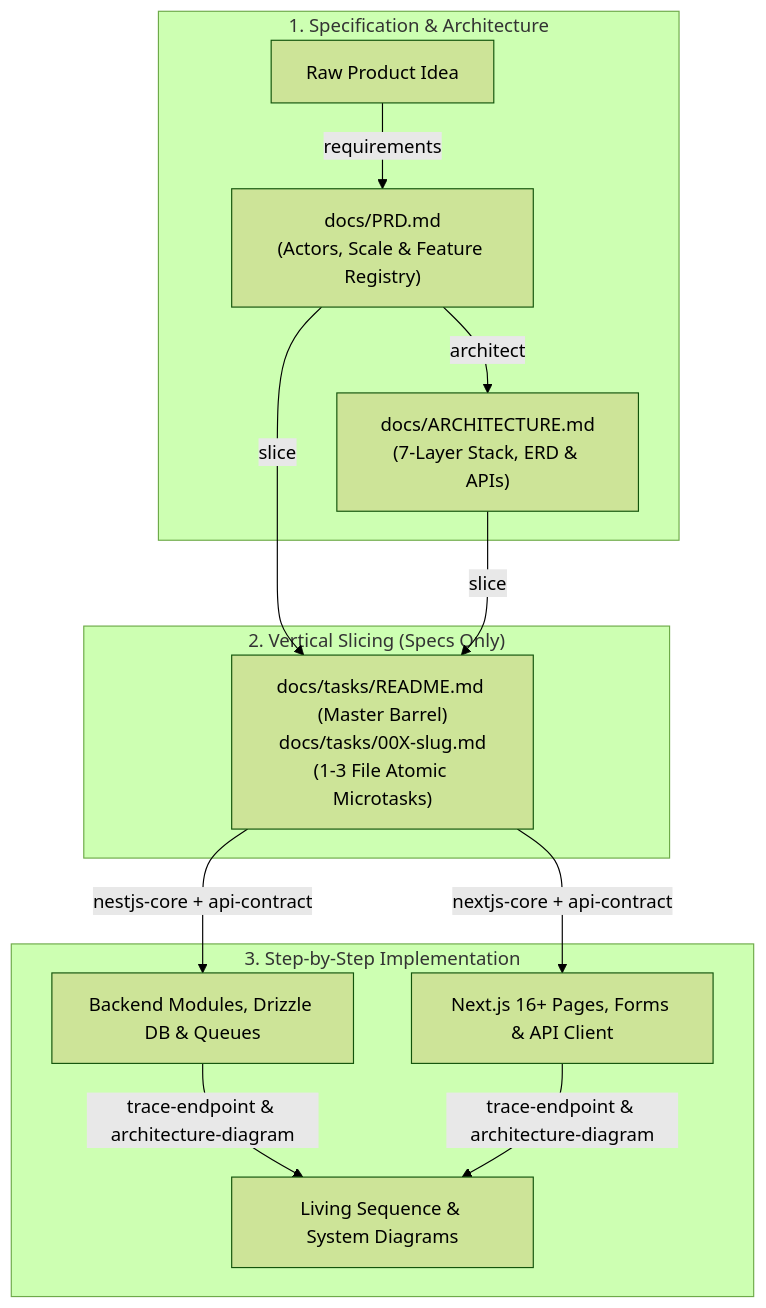
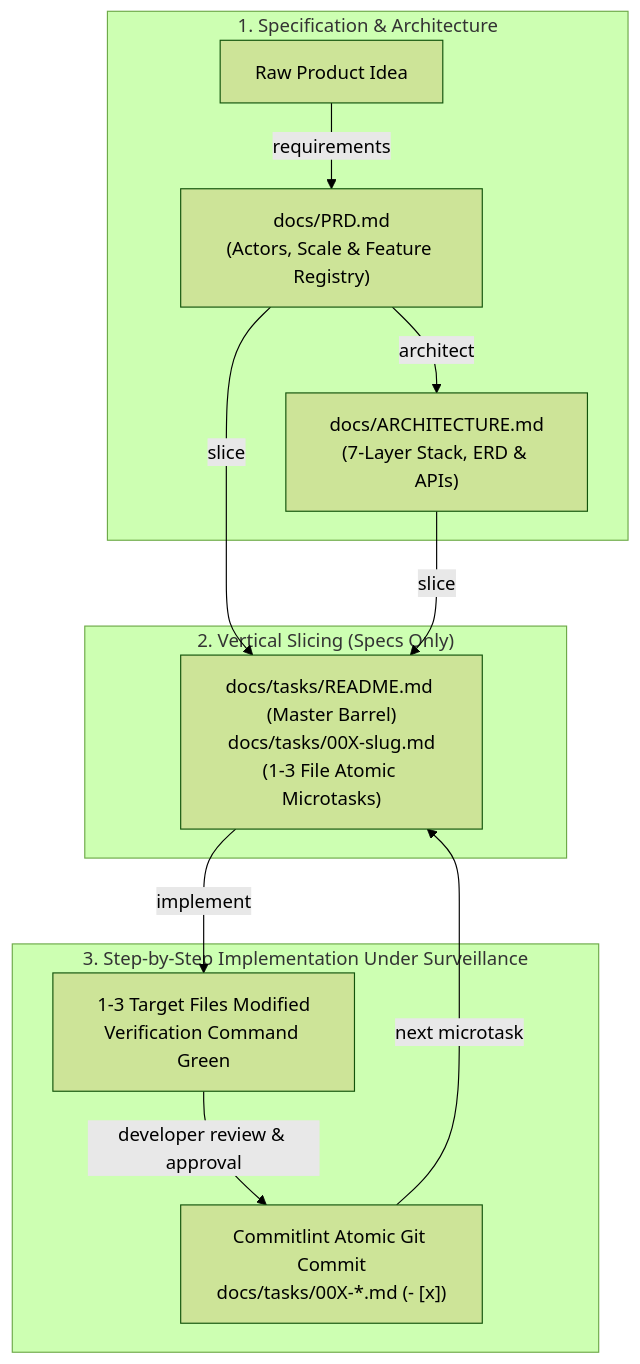
One commit to NIKHILENIGMA/skills changed the diagram in README.md. Above: the diagram before and after it, drawn with Mermaid (forest theme). The commit also changed other lines of this file and 3 other files, not shown here.

Commit message:
feat(implement): add atomic microtask execution skill with developer surveillance

````diff
--- a/README.md
+++ b/README.md
@@ -250,17 +255,17 @@
 ```mermaid
 flowchart TD
   subgraph Stage1["1. Specification & Architecture"]
     A["Raw Product Idea"] -->|requirements| PRD["docs/PRD.md<br/>(Actors, Scale & Feature Registry)"]
     PRD -->|architect| ARCH["docs/ARCHITECTURE.md<br/>(7-Layer Stack, ERD & APIs)"]
   end
 
   subgraph Stage2["2. Vertical Slicing (Specs Only)"]
     PRD & ARCH -->|slice| TASKS["docs/tasks/README.md (Master Barrel)<br/>docs/tasks/00X-slug.md<br/>(1-3 File Atomic Microtasks)"]
   end
 
-  subgraph Stage3["3. Step-by-Step Implementation"]
-    TASKS -->|nestjs-core + api-contract| C["Backend Modules, Drizzle DB & Queues"]
-    TASKS -->|nextjs-core + api-contract| D["Next.js 16+ Pages, Forms & API Client"]
-    C & D -->|trace-endpoint & architecture-diagram| E["Living Sequence & System Diagrams"]
+  subgraph Stage3["3. Step-by-Step Implementation Under Surveillance"]
+    TASKS -->|implement| EXEC["1-3 Target Files Modified<br/>Verification Command Green"]
+    EXEC -->|developer review & approval| COMMIT["Commitlint Atomic Git Commit<br/>docs/tasks/00X-*.md (- [x])"]
+    COMMIT -->|next microtask| TASKS
   end
 ```
````
